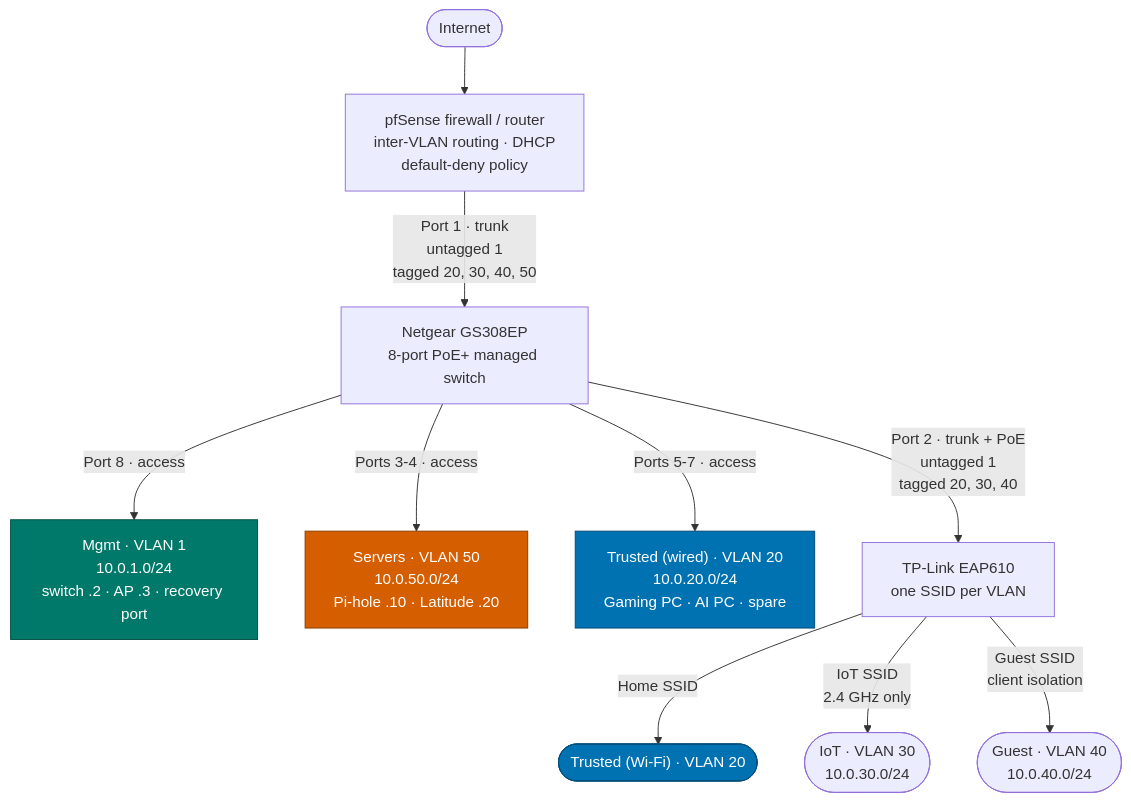
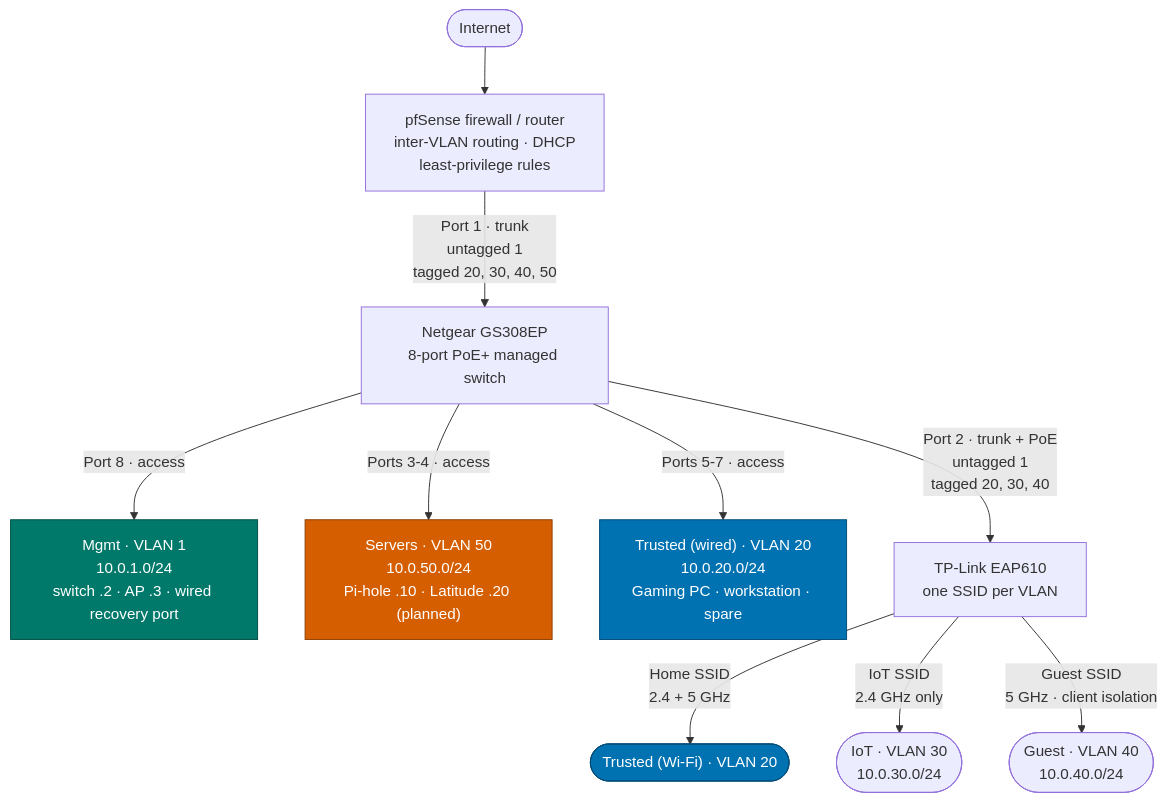
One commit to uploadtigris/network-segmentation-ids changed the first of 2 diagrams in README.md. Above: the diagram before and after it, drawn with Mermaid. The commit also changed other lines of this file and 26 other files, not shown here.

````diff
--- a/README.md
+++ b/README.md
@@ -75,19 +104,19 @@
 ```mermaid
 graph TD
-  NET([Internet]) --> PF["pfSense firewall / router<br/>inter-VLAN routing · DHCP<br/>default-deny policy"]
+  NET([Internet]) --> PF["pfSense firewall / router<br/>inter-VLAN routing · DHCP<br/>least-privilege rules"]
   PF -- "Port 1 · trunk<br/>untagged 1<br/>tagged 20, 30, 40, 50" --> SW["Netgear GS308EP<br/>8-port PoE+ managed switch"]
-  SW -- "Port 8 · access" --> MG["Mgmt · VLAN 1<br/>10.0.1.0/24<br/>switch .2 · AP .3 · recovery port"]
-  SW -- "Ports 3-4 · access" --> SRV["Servers · VLAN 50<br/>10.0.50.0/24<br/>Pi-hole .10 · Latitude .20"]
-  SW -- "Ports 5-7 · access" --> TW["Trusted (wired) · VLAN 20<br/>10.0.20.0/24<br/>Gaming PC · AI PC · spare"]
+  SW -- "Port 8 · access" --> MG["Mgmt · VLAN 1<br/>10.0.1.0/24<br/>switch .2 · AP .3 · wired recovery port"]
+  SW -- "Ports 3-4 · access" --> SRV["Servers · VLAN 50<br/>10.0.50.0/24<br/>Pi-hole .10 · Latitude .20 (planned)"]
+  SW -- "Ports 5-7 · access" --> TW["Trusted (wired) · VLAN 20<br/>10.0.20.0/24<br/>Gaming PC · workstation · spare"]
   SW -- "Port 2 · trunk + PoE<br/>untagged 1<br/>tagged 20, 30, 40" --> AP["TP-Link EAP610<br/>one SSID per VLAN"]
-  AP -- "Home SSID" --> V20(["Trusted (Wi-Fi) · VLAN 20"])
+  AP -- "Home SSID<br/>2.4 + 5 GHz" --> V20(["Trusted (Wi-Fi) · VLAN 20"])
   AP -- "IoT SSID<br/>2.4 GHz only" --> V30(["IoT · VLAN 30<br/>10.0.30.0/24"])
-  AP -- "Guest SSID<br/>client isolation" --> V40(["Guest · VLAN 40<br/>10.0.40.0/24"])
+  AP -- "Guest SSID<br/>5 GHz · client isolation" --> V40(["Guest · VLAN 40<br/>10.0.40.0/24"])
 
   classDef servers fill:#D55E00,stroke:#8a3d00,color:#ffffff
   classDef trusted fill:#0072B2,stroke:#004a75,color:#ffffff
   classDef mgmt fill:#00796B,stroke:#004d44,color:#ffffff
   class SRV servers
   class TW,V20 trusted
   class MG mgmt
 ```
````
